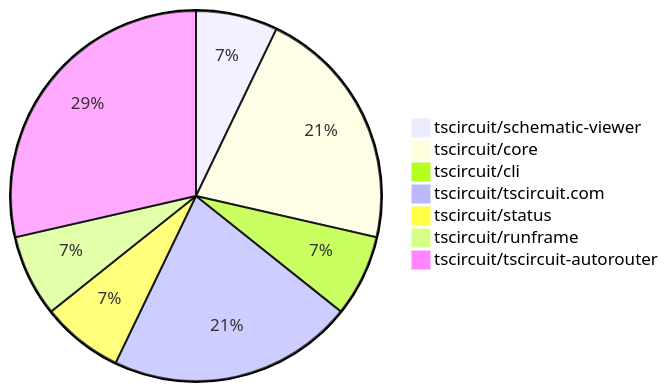
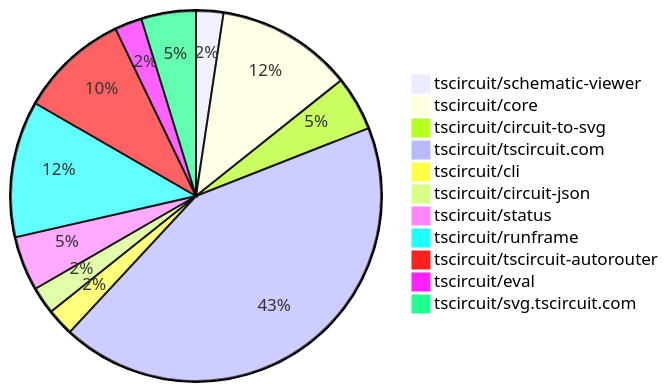
Before and after one commit to tscircuit/contribution-tracker: the diagram in README.md, drawn with Mermaid. The commit also changed other lines of this file and 3 other files, not shown here.

````diff
--- a/README.md
+++ b/README.md
@@ -24,10 +24,14 @@
 ```mermaid
 pie
     "tscircuit/schematic-viewer" : 1
-    "tscircuit/core" : 3
+    "tscircuit/core" : 5
+    "tscircuit/circuit-to-svg" : 2
+    "tscircuit/tscircuit.com" : 18
     "tscircuit/cli" : 1
-    "tscircuit/tscircuit.com" : 3
-    "tscircuit/status" : 1
-    "tscircuit/runframe" : 1
+    "tscircuit/circuit-json" : 1
+    "tscircuit/status" : 2
+    "tscircuit/runframe" : 5
     "tscircuit/tscircuit-autorouter" : 4
+    "tscircuit/eval" : 1
+    "tscircuit/svg.tscircuit.com" : 2
 ```
````
